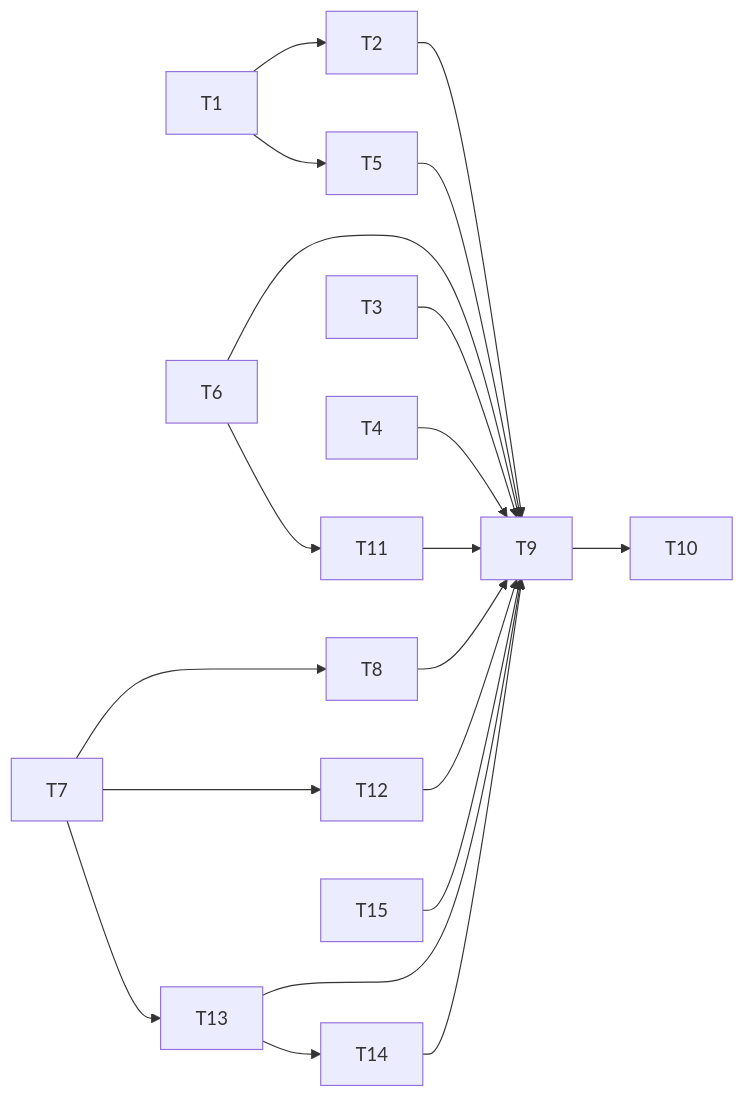
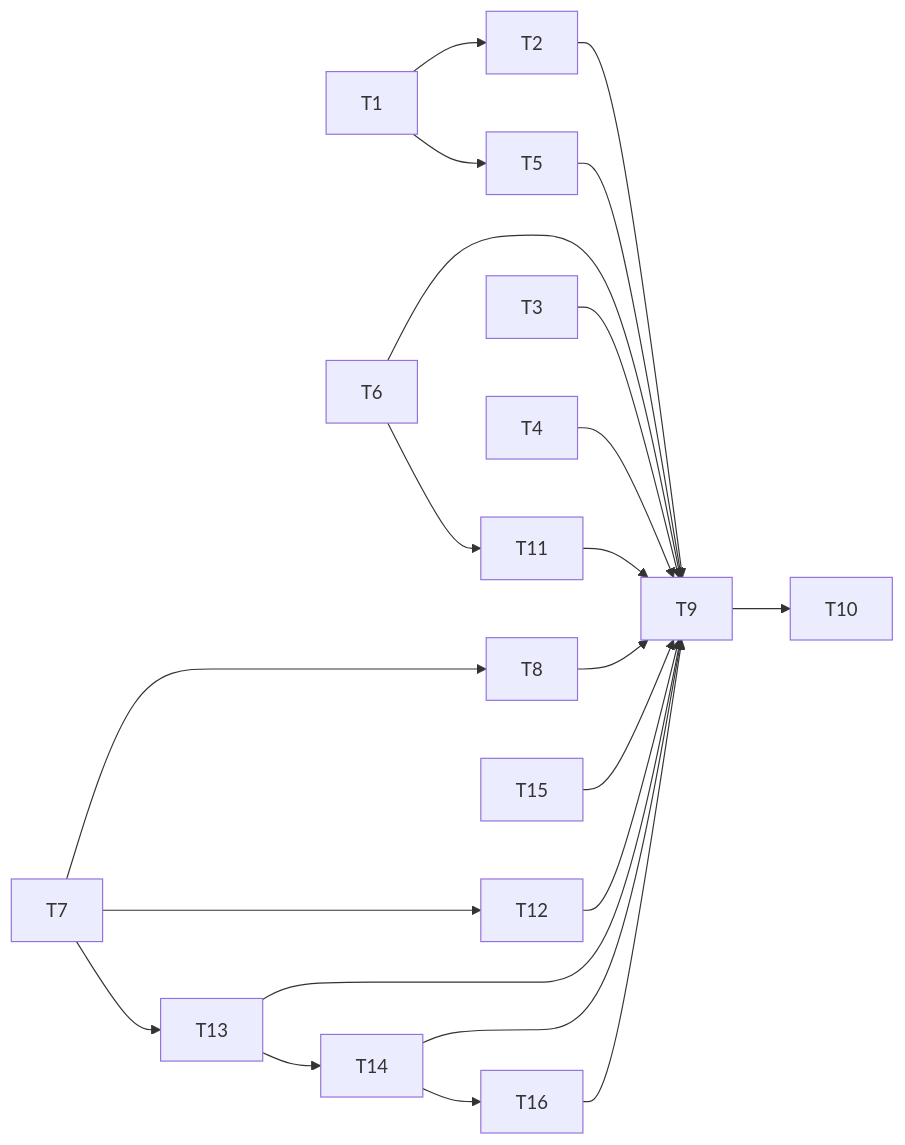
Before and after one commit to liaden/lain: the diagram in planning/specs/rust-hot-paths.md, drawn with Mermaid. The commit also changed other lines of this file, not shown here.

````diff
--- a/planning/specs/rust-hot-paths.md
+++ b/planning/specs/rust-hot-paths.md
@@ -161,14 +161,16 @@
 ```mermaid
 flowchart LR
   T1 --> T2
   T1 --> T5
   T7 --> T8
   T2 & T3 & T4 & T5 & T6 & T8 --> T9
   T9 --> T10
   T6 --> T11
   T7 --> T12
   T7 --> T13
   T11 & T12 & T13 --> T9
   T13 --> T14
   T14 & T15 --> T9
+  T14 --> T16
+  T16 --> T9
 ```
````
